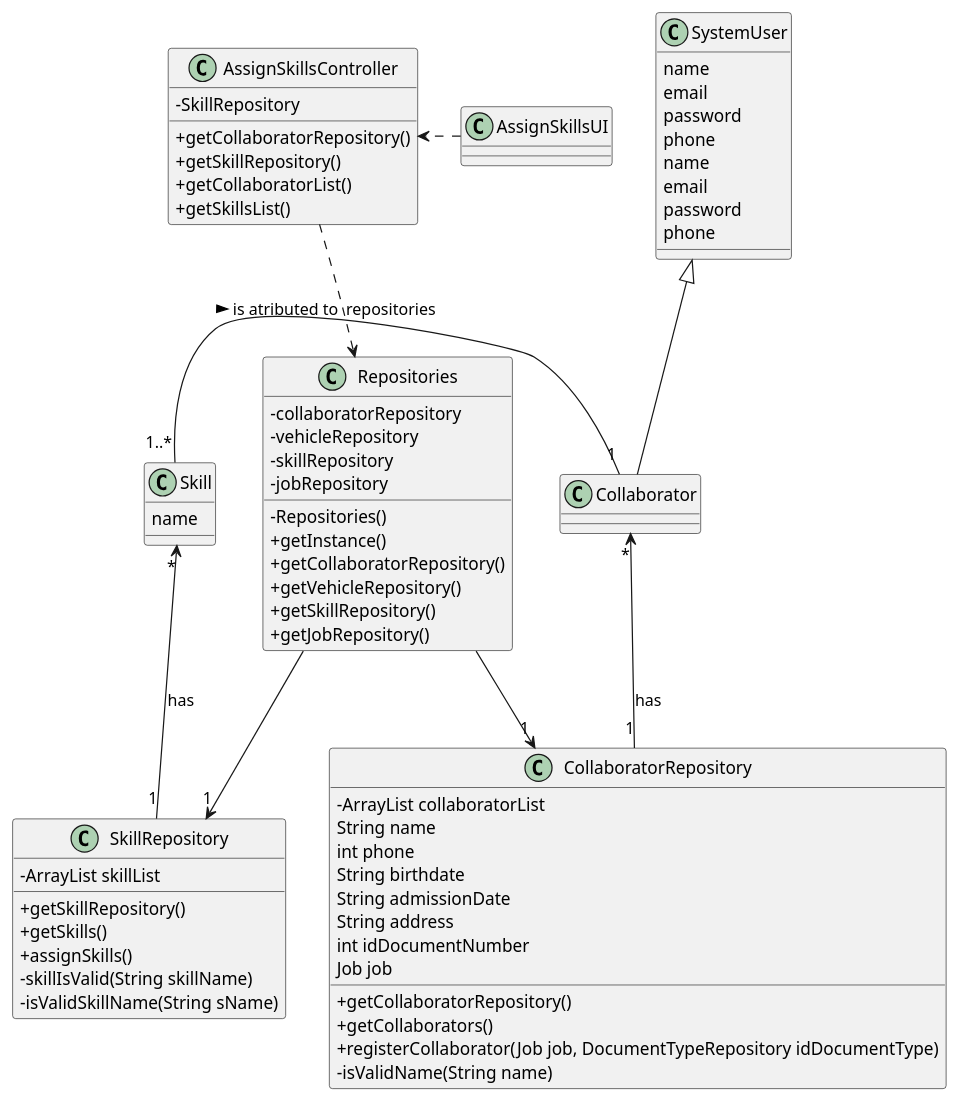
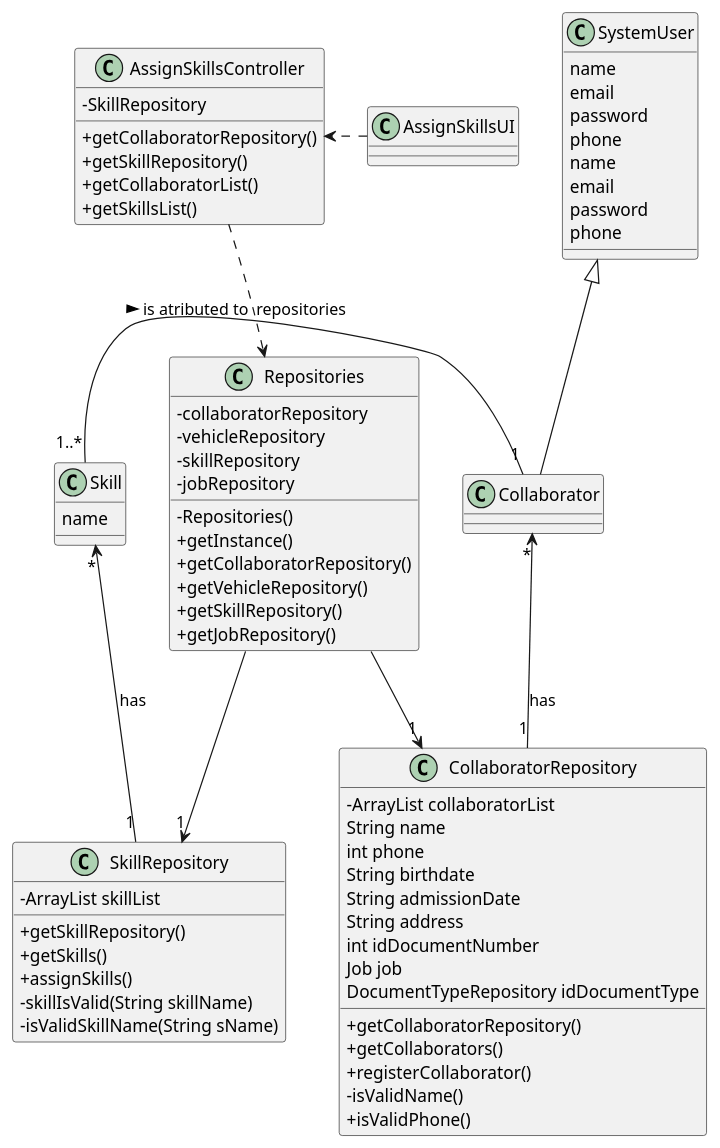
One commit to Departamento-de-Engenharia-Informatica/lei-24-s2-1do-g164 changed the diagram in docs/sprintB/us004/03.design/puml/us004-class-diagram.puml. Above: the diagram before and after it, drawn with PlantUML.

Commit message:
US04(docs):changes

```diff
--- a/docs/sprintB/us004/03.design/puml/us004-class-diagram.puml
+++ b/docs/sprintB/us004/03.design/puml/us004-class-diagram.puml
@@ -1,92 +1,92 @@
 @startuml
 skinparam classAttributeIconSize 0
 skinparam monochrome false
 skinparam packageStyle rectangle
 skinparam shadowing false
 skinparam linetype polyline
 skinparam linetype orto
 
 
 class SystemUser {
     name
     email
     password
     phone
 }
 
 class CollaboratorRepository {
     - ArrayList collaboratorList
     String name
     int phone
     String birthdate
     String admissionDate
     String address
     int idDocumentNumber
     Job job
-
-
+    DocumentTypeRepository idDocumentType
     + getCollaboratorRepository()
     + getCollaborators()
-    + registerCollaborator(Job job, DocumentTypeRepository idDocumentType)
-    - isValidName(String name)
+    + registerCollaborator()
+    - isValidName()
+    + isValidPhone()
 }
 
 
 class Repositories {
     - collaboratorRepository
     - vehicleRepository
     - skillRepository
     - jobRepository
 
     - Repositories()
     + getInstance()
     + getCollaboratorRepository()
     + getVehicleRepository()
     + getSkillRepository()
     + getJobRepository()
 
 }
 class SystemUser {
     name
     email
     password
     phone
 
 }
 class AssignSkillsController{
 -SkillRepository
 +getCollaboratorRepository()
 +getSkillRepository()
 +getCollaboratorList()
 +getSkillsList()
 
 }
 
 class AssignSkillsUI{
 
 }
 
 
 
 class SkillRepository {
     - ArrayList skillList
     + getSkillRepository()
     + getSkills()
     + assignSkills()
     - skillIsValid(String skillName)
     - isValidSkillName(String sName)
 }
 
 class Skill {
     name
 }
 Repositories -->"1" CollaboratorRepository
 Repositories -->"1" SkillRepository
 Skill "*" <-- "1" SkillRepository : has
 Collaborator "*" <-- "1" CollaboratorRepository : has
 Skill "1..*" - "1" Collaborator: is atributed to >
 SystemUser <|-- Collaborator
 AssignSkillsUI .> AssignSkillsController
 AssignSkillsController ..> Repositories : repositories
 
 @enduml
```
